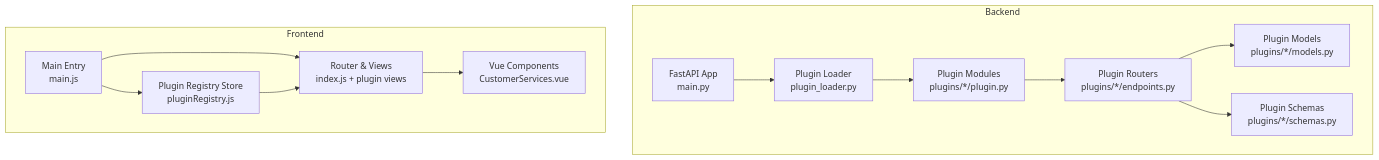
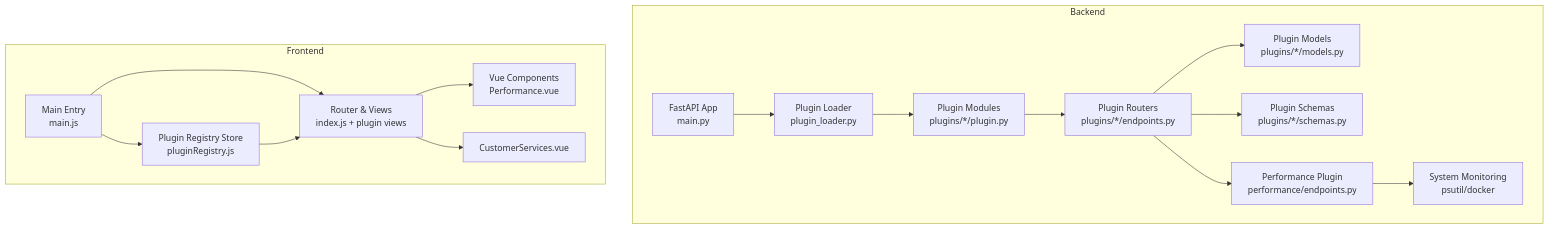
Before and after one commit to Nikita5543/New-SSO-02: the first of 22 diagrams in .qoder/repowiki/en/content/Plugin System Architecture/Plugin System Architecture.md, drawn with Mermaid. The commit also changed other lines of this file and 7 other files, not shown here.

Commit message:
Add Create Service functionality to Customer Services plugin

````diff
--- a/.qoder/repowiki/en/content/Plugin System Architecture/Plugin System Architecture.md
+++ b/.qoder/repowiki/en/content/Plugin System Architecture/Plugin System Architecture.md
@@ -57,26 +63,32 @@
 ```mermaid
 graph TB
 subgraph "Backend"
 A["FastAPI App<br/>main.py"]
 B["Plugin Loader<br/>plugin_loader.py"]
 C["Plugin Modules<br/>plugins/*/plugin.py"]
 D["Plugin Routers<br/>plugins/*/endpoints.py"]
 E["Plugin Models<br/>plugins/*/models.py"]
 F["Plugin Schemas<br/>plugins/*/schemas.py"]
+G["Performance Plugin<br/>performance/endpoints.py"]
+H["System Monitoring<br/>psutil/docker"]
 end
 subgraph "Frontend"
-G["Main Entry<br/>main.js"]
-H["Plugin Registry Store<br/>pluginRegistry.js"]
-I["Router & Views<br/>index.js + plugin views"]
-J["Vue Components<br/>CustomerServices.vue"]
+I["Main Entry<br/>main.js"]
+J["Plugin Registry Store<br/>pluginRegistry.js"]
+K["Router & Views<br/>index.js + plugin views"]
+L["Vue Components<br/>Performance.vue"]
+M["CustomerServices.vue"]
 end
 A --> B
 B --> C
 C --> D
 D --> E
 D --> F
+D --> G
 G --> H
-G --> I
 I --> J
-H --> I
+I --> K
+K --> L
+K --> M
+J --> K
 ```
````
